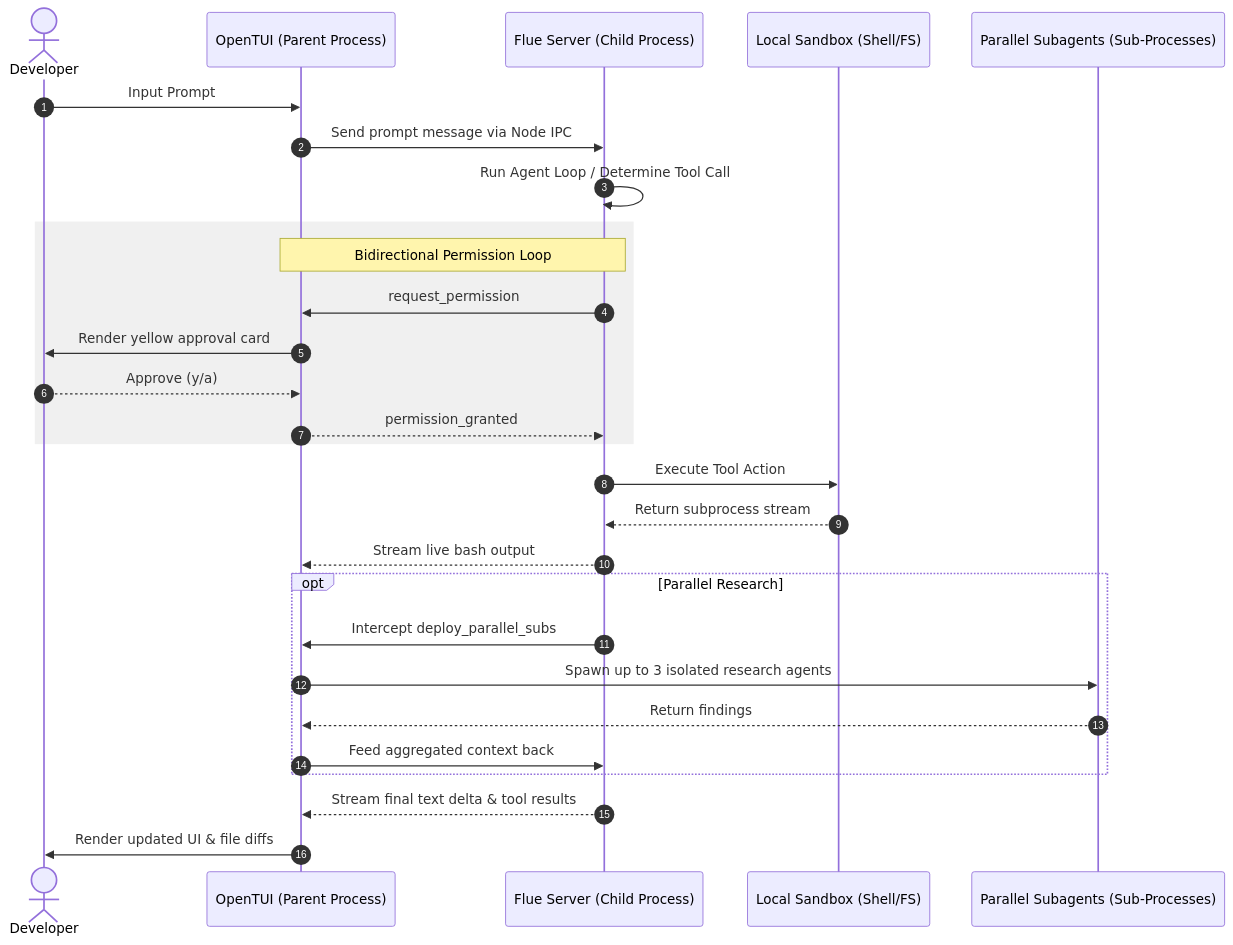
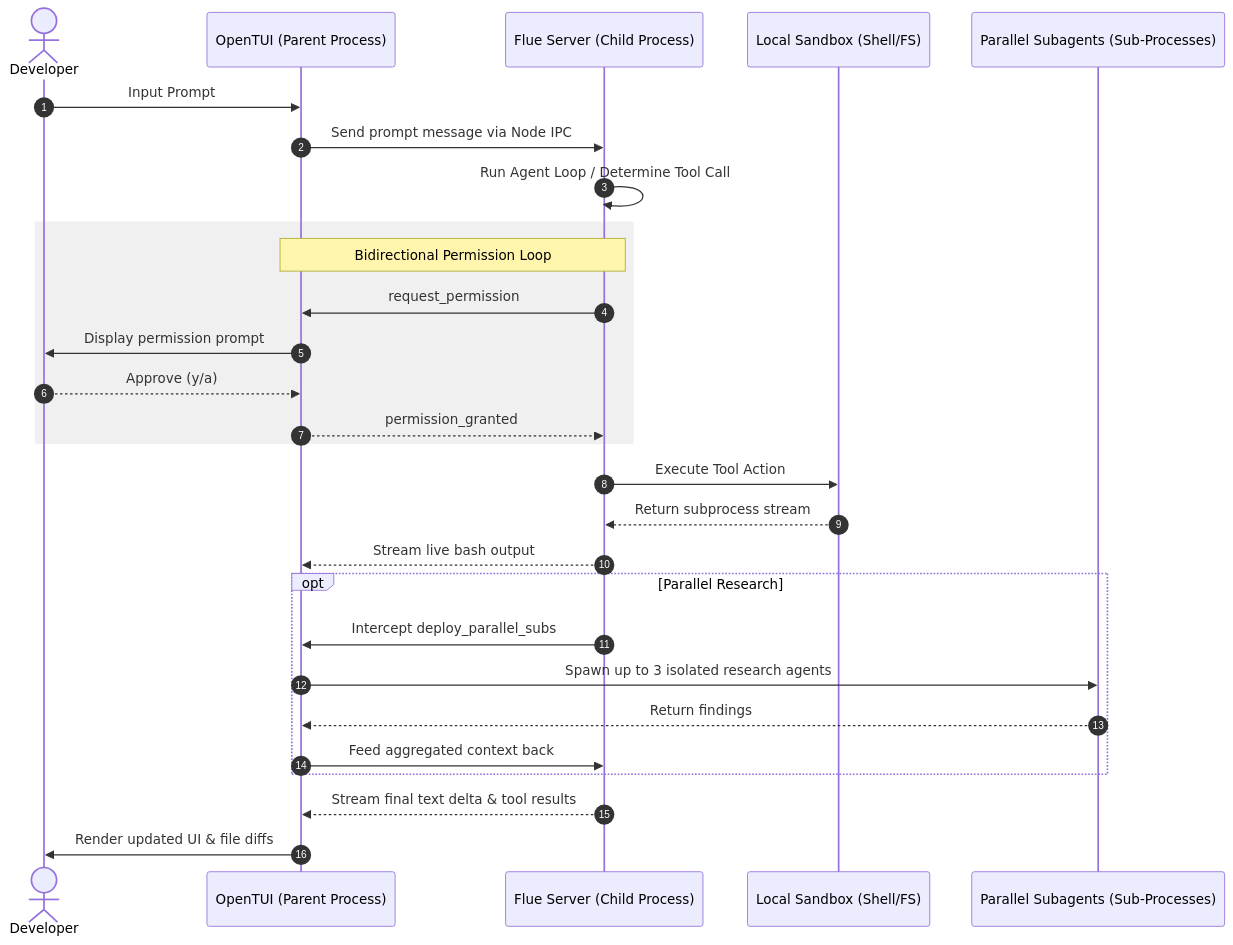
The first of 3 diagrams in README.md (Rahuletto/lavalamp), drawn with Mermaid before and after one commit. The commit also changed other lines of this file, not shown here.

````diff
--- a/README.md
+++ b/README.md
@@ -29,35 +150,35 @@
 ```mermaid
 sequenceDiagram
     autonumber
     actor User as Developer
     participant TUI as OpenTUI (Parent Process)
     participant Server as Flue Server (Child Process)
     participant Sandbox as Local Sandbox (Shell/FS)
     participant Sub as Parallel Subagents (Sub-Processes)
 
     User->>TUI: Input Prompt
     TUI->>Server: Send prompt message via Node IPC
     Server->>Server: Run Agent Loop / Determine Tool Call
     
     rect rgb(240, 240, 240)
         note over TUI, Server: Bidirectional Permission Loop
         Server->>TUI: request_permission
-        TUI->>User: Render yellow approval card
+        TUI->>User: Display permission prompt
         User-->>TUI: Approve (y/a)
         TUI-->>Server: permission_granted
     end
     
     Server->>Sandbox: Execute Tool Action
     Sandbox-->>Server: Return subprocess stream
     Server-->>TUI: Stream live bash output
     
     opt Parallel Research
         Server->>TUI: Intercept deploy_parallel_subs
         TUI->>Sub: Spawn up to 3 isolated research agents
         Sub-->>TUI: Return findings
         TUI->>Server: Feed aggregated context back
     end
     
     Server-->>TUI: Stream final text delta & tool results
     TUI->>User: Render updated UI & file diffs
 ```
````
